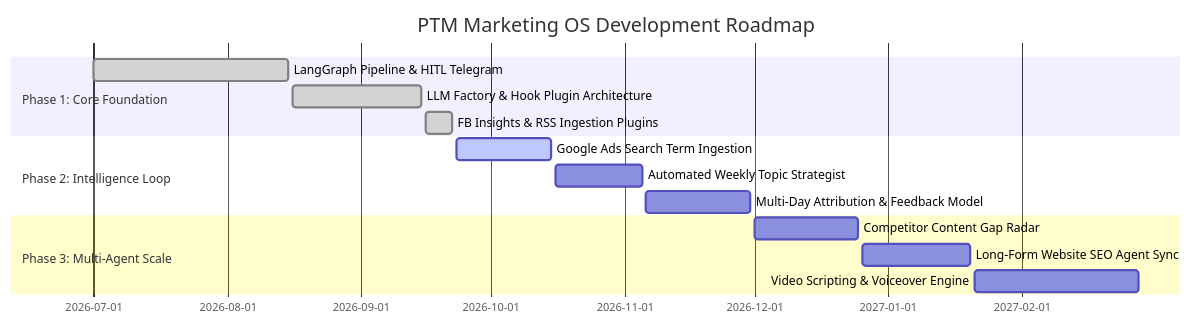
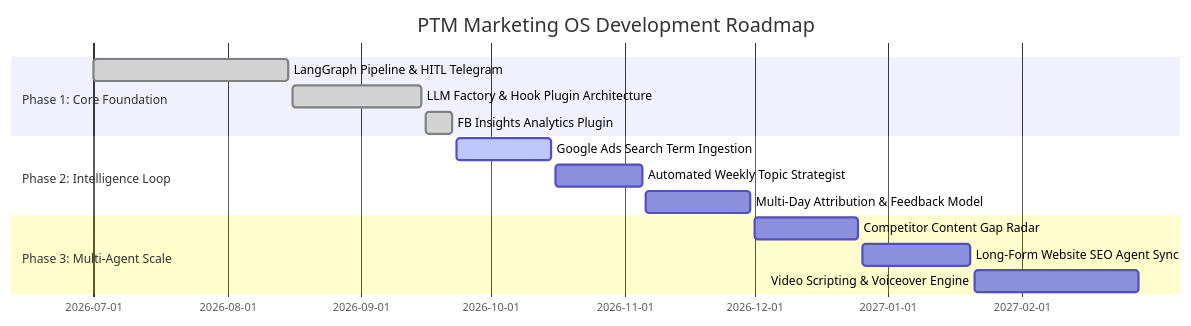
Before and after one commit to Duy137/Marketing-PTM: the third of 3 diagrams in README.md, drawn with Mermaid. The commit also changed other lines of this file and 7 other files, not shown here.

````diff
--- a/README.md
+++ b/README.md
@@ -372,17 +369,17 @@
 ```mermaid
 gantt
     title PTM Marketing OS Development Roadmap
     dateFormat  YYYY-MM-DD
     section Phase 1: Core Foundation
     LangGraph Pipeline & HITL Telegram       :done,    des1, 2026-07-01, 2026-08-15
     LLM Factory & Hook Plugin Architecture   :done,    des2, 2026-08-16, 2026-09-15
-    FB Insights & RSS Ingestion Plugins       :done,    des3, 2026-09-16, 2026-09-22
+    FB Insights Analytics Plugin             :done,    des3, 2026-09-16, 2026-09-22
     section Phase 2: Intelligence Loop
     Google Ads Search Term Ingestion         :active,  des4, 2026-09-23, 2026-10-15
     Automated Weekly Topic Strategist        :         des5, 2026-10-16, 2026-11-05
     Multi-Day Attribution & Feedback Model   :         des6, 2026-11-06, 2026-11-30
     section Phase 3: Multi-Agent Scale
     Competitor Content Gap Radar             :         des7, 2026-12-01, 2026-12-25
     Long-Form Website SEO Agent Sync         :         des8, 2026-12-26, 2027-01-20
     Video Scripting & Voiceover Engine       :         des9, 2027-01-21, 2027-02-28
 ```
````
